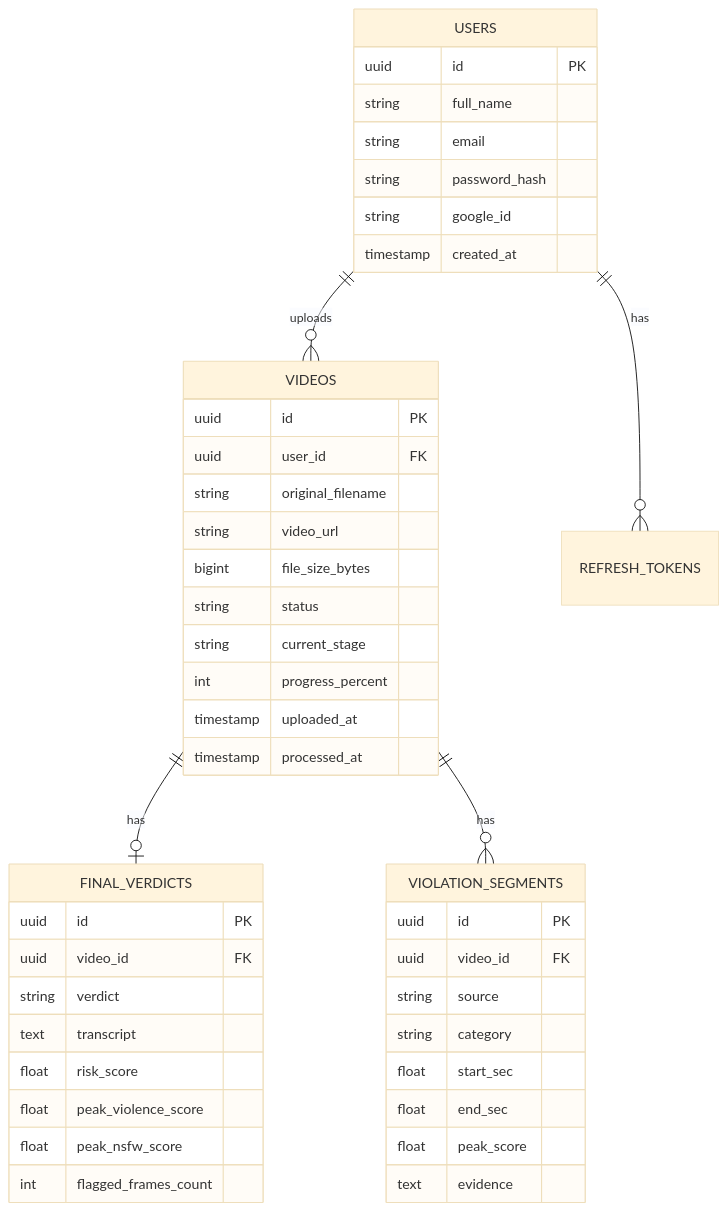
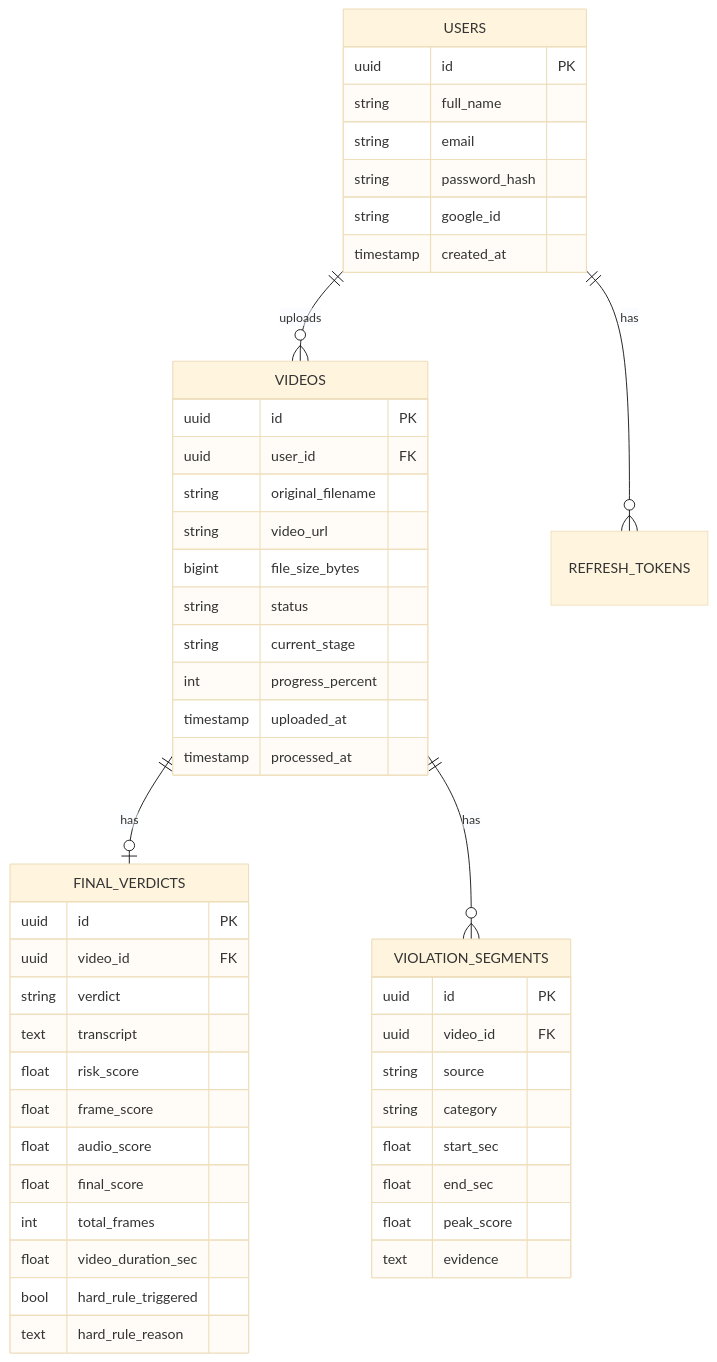
One commit to pnhatthanh/vidio-guard-fe changed the third of 5 diagrams in docs/SYSTEM_OVERVIEW.md. Above: the diagram before and after it, drawn with Mermaid (base theme). The commit also changed other lines of this file and 48 other files, not shown here.

````diff
--- a/docs/SYSTEM_OVERVIEW.md
+++ b/docs/SYSTEM_OVERVIEW.md
@@ -255,51 +255,55 @@
 ```mermaid
 erDiagram
   USERS ||--o{ VIDEOS : uploads
   VIDEOS ||--o| FINAL_VERDICTS : has
   VIDEOS ||--o{ VIOLATION_SEGMENTS : has
   USERS ||--o{ REFRESH_TOKENS : has
 
   USERS {
     uuid id PK
     string full_name
     string email
     string password_hash
     string google_id
     timestamp created_at
   }
 
   VIDEOS {
     uuid id PK
     uuid user_id FK
     string original_filename
     string video_url
     bigint file_size_bytes
     string status
     string current_stage
     int progress_percent
     timestamp uploaded_at
     timestamp processed_at
   }
 
     FINAL_VERDICTS {
         uuid id PK
         uuid video_id FK
         string verdict
         text transcript
         float risk_score
-        float peak_violence_score
-        float peak_nsfw_score
-        int flagged_frames_count
+        float frame_score
+        float audio_score
+        float final_score
+        int total_frames
+        float video_duration_sec
+        bool hard_rule_triggered
+        text hard_rule_reason
     }
 
   VIOLATION_SEGMENTS {
     uuid id PK
     uuid video_id FK
     string source
     string category
     float start_sec
     float end_sec
     float peak_score
     text evidence
   }
 ```
````
